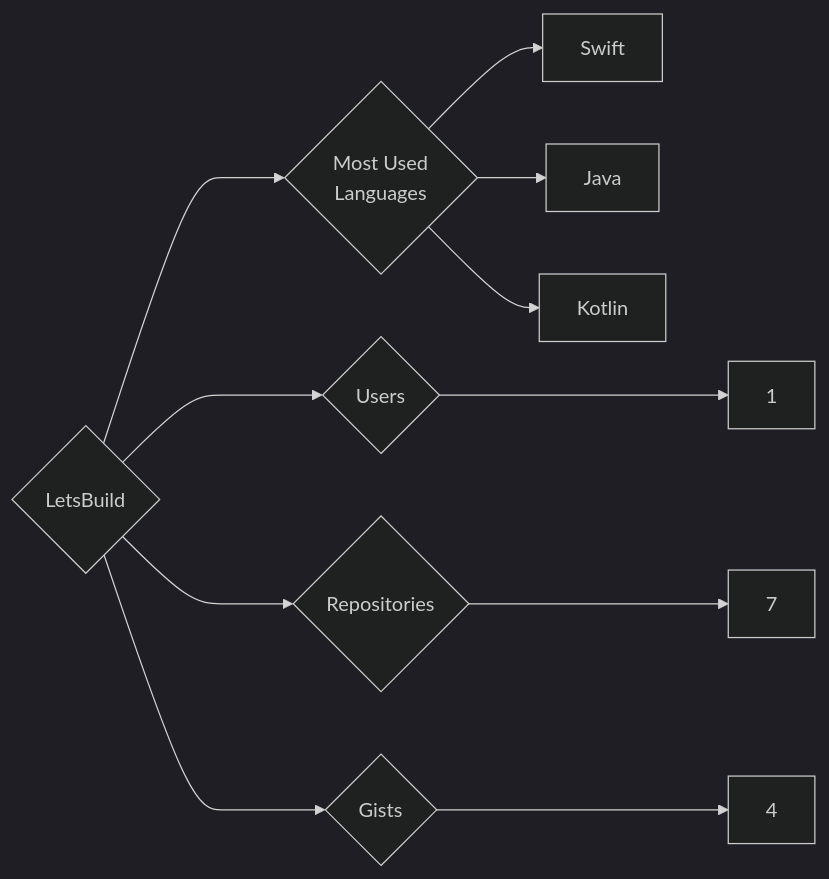
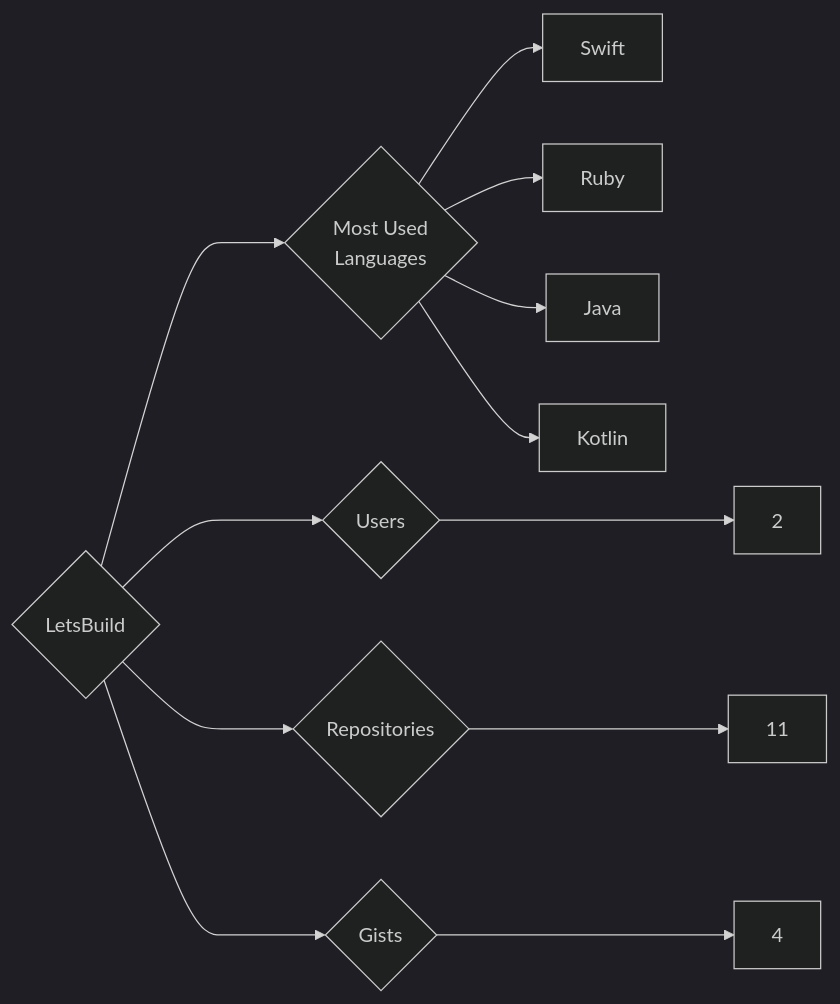
The diagram in targets/LetsBuild/README.md (trickest/insiders), drawn with Mermaid (dark theme) before and after one commit. The commit also changed 750 other files, not shown here.

````diff
--- a/targets/LetsBuild/README.md
+++ b/targets/LetsBuild/README.md
@@ -3,11 +3,12 @@
 ```mermaid
 graph LR
 COMPANY_NAME{LetsBuild}
-COMPANY_NAME ---> U{Users} ---> UN[1]
-COMPANY_NAME ---> R{Repositories} ---> RN[7]
+COMPANY_NAME ---> U{Users} ---> UN[2]
+COMPANY_NAME ---> R{Repositories} ---> RN[11]
 COMPANY_NAME ---> G{Gists} ---> GN[4]
 COMPANY_NAME ---> ML{Most Used<br>Languages}
 ML --> Swift[Swift]
+ML --> Ruby[Ruby]
 ML --> Java[Java]
 ML --> Kotlin[Kotlin]
 ```
````
